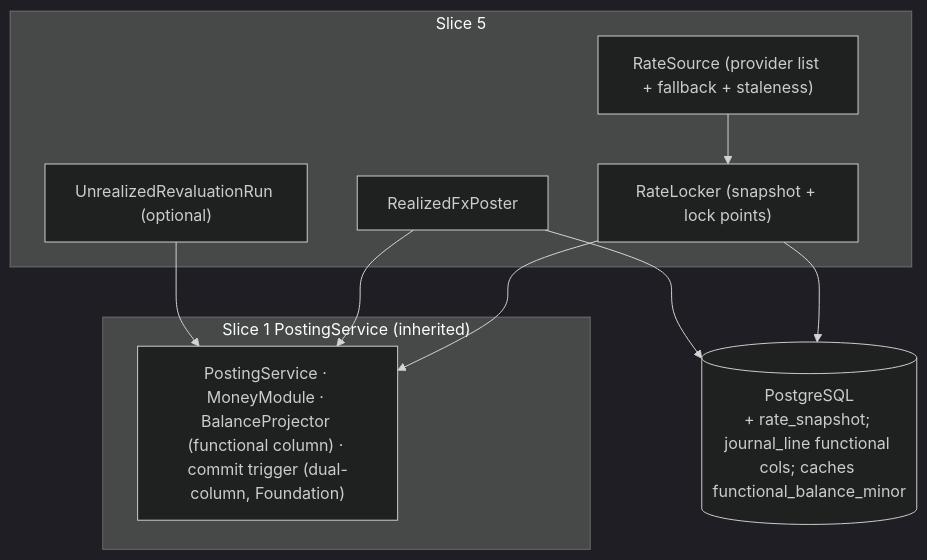
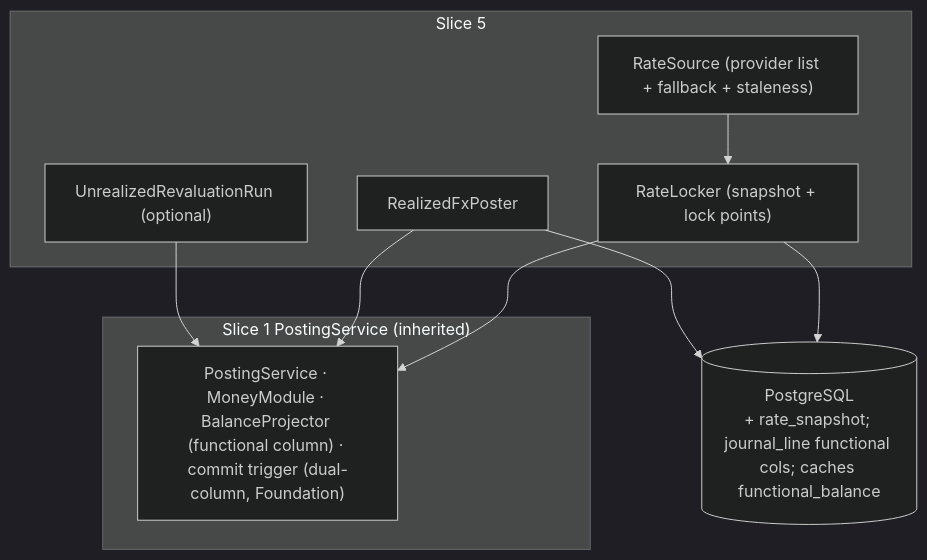
Before and after one commit to diffora/gears-rust: the second of 2 diagrams in gears/bss/ledger/docs/design/06-fx-multicurrency.md, drawn with Mermaid (dark theme). The commit also changed other lines of this file and 402 other files, not shown here.

````diff
--- a/gears/bss/ledger/docs/design/06-fx-multicurrency.md
+++ b/gears/bss/ledger/docs/design/06-fx-multicurrency.md
@@ -148,19 +149,19 @@
 ```mermaid
 flowchart TB
     subgraph engine["Slice 1 PostingService (inherited)"]
         S1["PostingService · MoneyModule · BalanceProjector (functional column) · commit trigger (dual-column, Foundation)"]
     end
     subgraph s5["Slice 5"]
         RL["RateLocker (snapshot + lock points)"]
         FXP2["RealizedFxPoster"]
         REVAL["UnrealizedRevaluationRun (optional)"]
         RS["RateSource (provider list + fallback + staleness)"]
     end
-    DB[("PostgreSQL<br/>+ rate_snapshot; journal_line functional cols; caches functional_balance_minor")]
+    DB[("PostgreSQL<br/>+ rate_snapshot; journal_line functional cols; caches functional_balance")]
     RS --> RL
     RL --> S1
     FXP2 --> S1
     REVAL --> S1
     RL --> DB
     FXP2 --> DB
 ```
````
